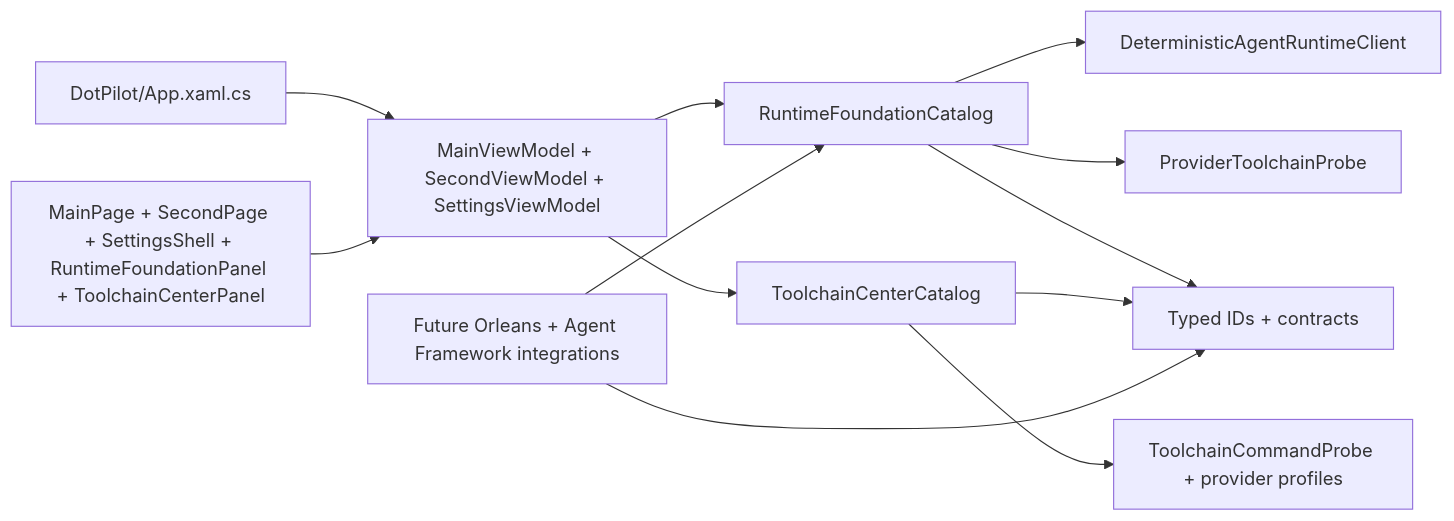
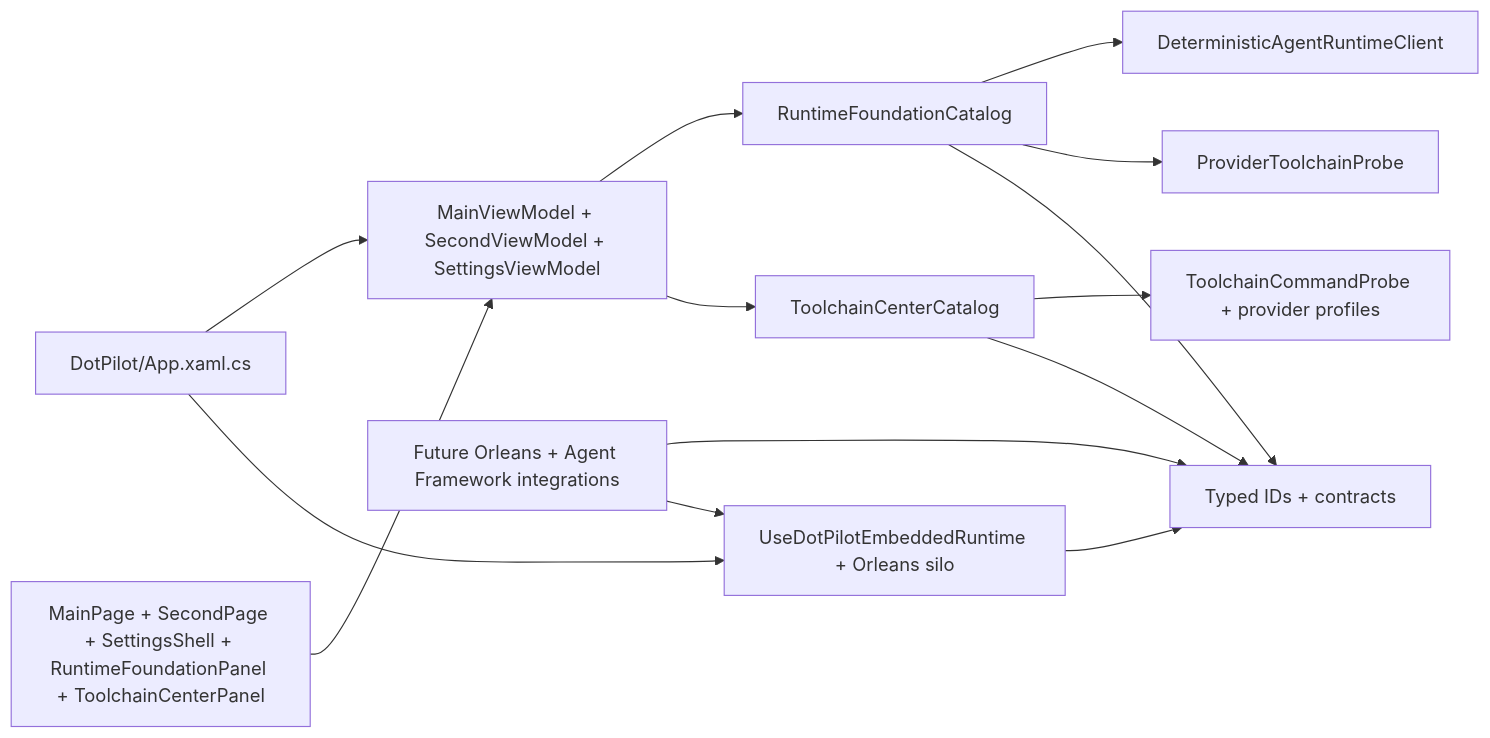
One commit to managedcode/dotPilot changed the fifth of 5 diagrams in docs/Architecture.md. Above: the diagram before and after it, drawn with Mermaid. The commit also changed other lines of this file and 34 other files, not shown here.

Commit message:
Implement embedded Orleans localhost host

````diff
--- a/docs/Architecture.md
+++ b/docs/Architecture.md
@@ -157,25 +166,28 @@
 ```mermaid
 flowchart LR
   App["DotPilot/App.xaml.cs"]
   Views["MainPage + SecondPage + SettingsShell + RuntimeFoundationPanel + ToolchainCenterPanel"]
   ViewModels["MainViewModel + SecondViewModel + SettingsViewModel"]
   Catalog["RuntimeFoundationCatalog"]
   Toolchains["ToolchainCenterCatalog"]
   TestClient["DeterministicAgentRuntimeClient"]
   Probe["ProviderToolchainProbe"]
   ToolchainProbe["ToolchainCommandProbe + provider profiles"]
+  EmbeddedHost["UseDotPilotEmbeddedRuntime + Orleans silo"]
   Contracts["Typed IDs + contracts"]
   Future["Future Orleans + Agent Framework integrations"]
 
   App --> ViewModels
   Views --> ViewModels
   ViewModels --> Catalog
   ViewModels --> Toolchains
   Catalog --> TestClient
   Catalog --> Probe
   Catalog --> Contracts
   Toolchains --> ToolchainProbe
   Toolchains --> Contracts
+  App --> EmbeddedHost
+  EmbeddedHost --> Contracts
   Future --> Contracts
-  Future --> Catalog
+  Future --> EmbeddedHost
 ```
````
